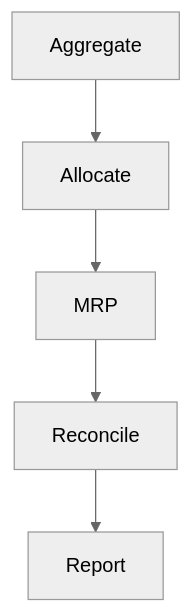
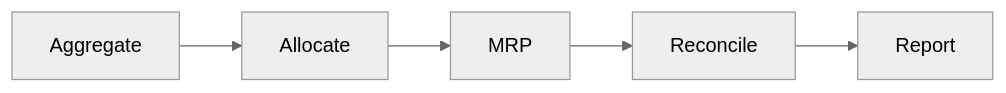
Before and after one commit to miumigy/scpln: the second of 3 diagrams in README.md, drawn with Mermaid (neutral theme).

Commit message:
docs: 計画パイプライン図を横方向フローに変更

````diff
--- a/README.md
+++ b/README.md
@@ -110,7 +110,7 @@
 ```mermaid
-flowchart TD
+flowchart LR
   A[Aggregate] --> B[Allocate]
   B --> C[MRP]
   C --> D[Reconcile]
   D --> E[Report]
 ```
````
